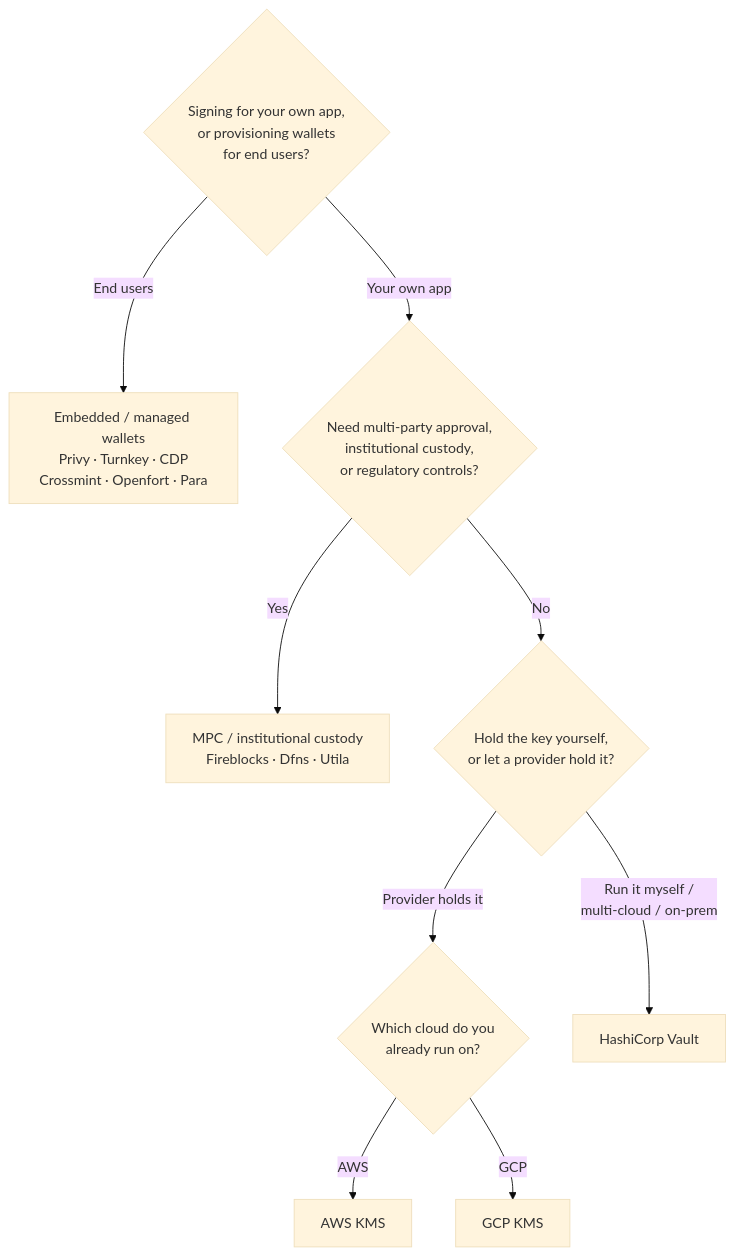
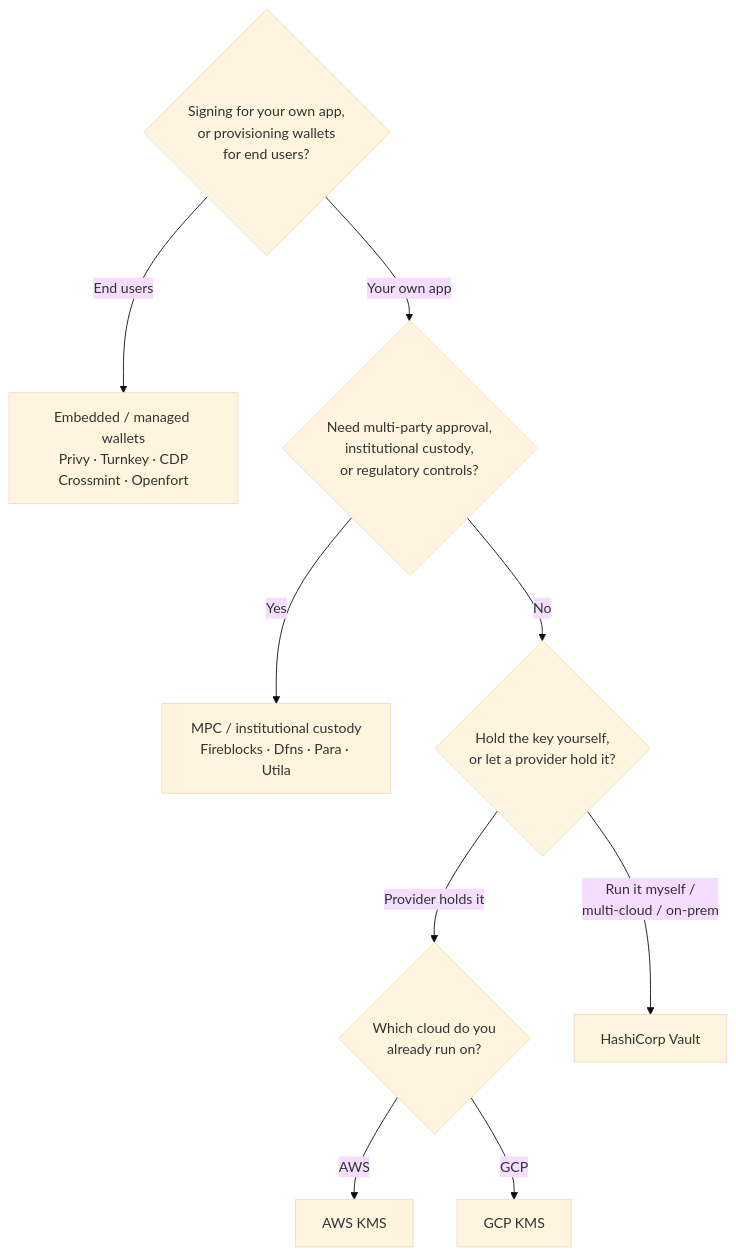
One commit to solana-foundation/solana-com changed the diagram in apps/docs/content/docs/en/tools/keychain/choosing-a-backend.mdx. Above: the diagram before and after it, drawn with Mermaid (base theme). The commit also changed other lines of this file, not shown here.

First line of the commit message:
docs: classify Para under MPC custody in backend decision flow

````diff
--- a/apps/docs/content/docs/en/tools/keychain/choosing-a-backend.mdx
+++ b/apps/docs/content/docs/en/tools/keychain/choosing-a-backend.mdx
@@ -32,12 +32,12 @@
 ```mermaid title="Choosing a Keychain backend"
 flowchart TD
     Start{Signing for your own app,<br/>or provisioning wallets<br/>for end users?}
-    Start -->|End users| Managed[Embedded / managed wallets<br/>Privy · Turnkey · CDP<br/>Crossmint · Openfort · Para]
+    Start -->|End users| Managed[Embedded / managed wallets<br/>Privy · Turnkey · CDP<br/>Crossmint · Openfort]
     Start -->|Your own app| Q2{Need multi-party approval,<br/>institutional custody,<br/>or regulatory controls?}
-    Q2 -->|Yes| MPC[MPC / institutional custody<br/>Fireblocks · Dfns · Utila]
+    Q2 -->|Yes| MPC[MPC / institutional custody<br/>Fireblocks · Dfns · Para · Utila]
     Q2 -->|No| Q3{Hold the key yourself,<br/>or let a provider hold it?}
     Q3 -->|Provider holds it| Q4{Which cloud do you<br/>already run on?}
     Q4 -->|AWS| AWS[AWS KMS]
     Q4 -->|GCP| GCP[GCP KMS]
     Q3 -->|Run it myself /<br/>multi-cloud / on-prem| Vault[HashiCorp Vault]
 ```
````
